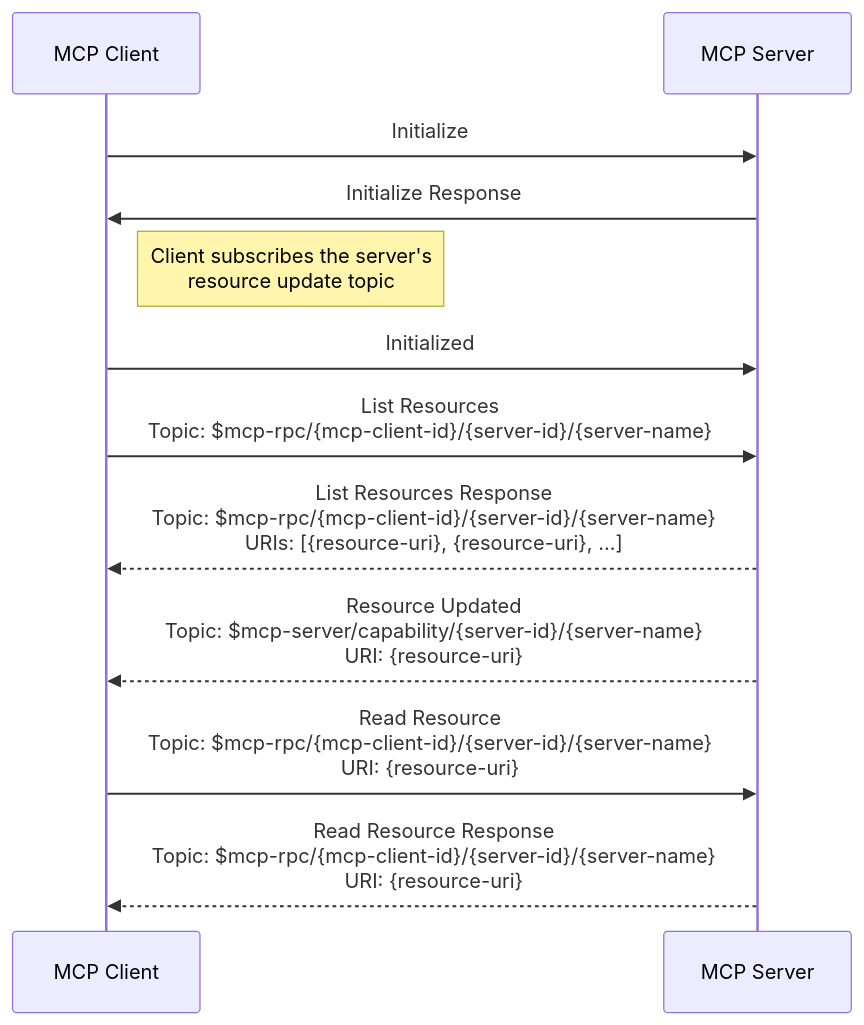
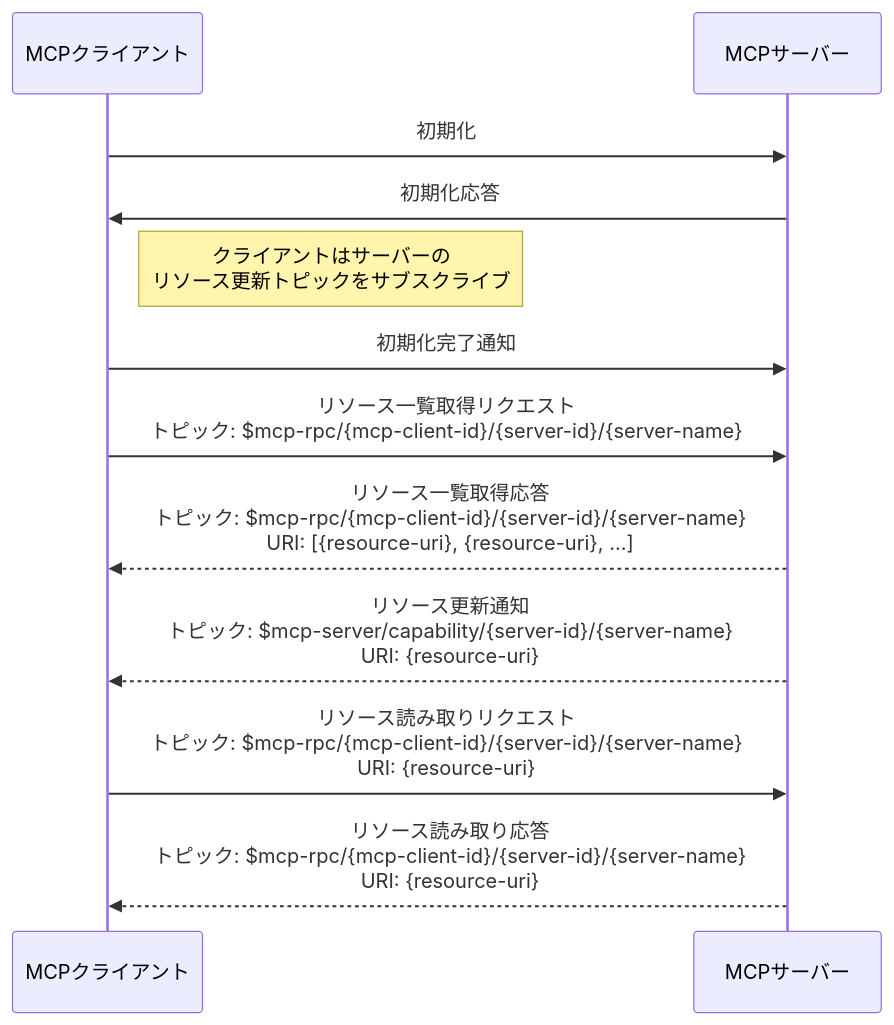
One commit to emqx/emqx-docs changed the fourth of 4 diagrams in ja_JP/emqx-ai/mcp-over-mqtt/specification.md. Above: the diagram before and after it, drawn with Mermaid. The commit also changed other lines of this file and 279 other files, not shown here.

````diff
--- a/ja_JP/emqx-ai/mcp-over-mqtt/specification.md
+++ b/ja_JP/emqx-ai/mcp-over-mqtt/specification.md
@@ -363,21 +360,20 @@
 ```mermaid
+sequenceDiagram
+    participant MCP_Client as MCPクライアント
+    participant MCP_Server as MCPサーバー
 
-sequenceDiagram
-    participant MCP_Client as MCP Client
-    participant MCP_Server as MCP Server
+    MCP_Client ->> MCP_Server: 初期化
+    MCP_Server ->> MCP_Client: 初期化応答
+    Note right of MCP_Client: クライアントはサーバーの<br/>リソース更新トピックをサブスクライブ
+    MCP_Client ->> MCP_Server: 初期化完了通知
 
-    MCP_Client ->> MCP_Server: Initialize
-    MCP_Server ->> MCP_Client: Initialize Response
-    Note right of MCP_Client: Client subscribes the server's<br/>resource update topic
-    MCP_Client ->> MCP_Server: Initialized
+    MCP_Client ->> MCP_Server: リソース一覧取得リクエスト<br/>トピック: $mcp-rpc/{mcp-client-id}/{server-id}/{server-name}
 
-    MCP_Client ->> MCP_Server: List Resources<br/>Topic: $mcp-rpc/{mcp-client-id}/{server-id}/{server-name}
+    MCP_Server -->> MCP_Client: リソース一覧取得応答<br/>トピック: $mcp-rpc/{mcp-client-id}/{server-id}/{server-name}<br/>URI: [{resource-uri}, {resource-uri}, ...]
 
-    MCP_Server -->> MCP_Client: List Resources Response<br/>Topic: $mcp-rpc/{mcp-client-id}/{server-id}/{server-name}<br/>URIs: [{resource-uri}, {resource-uri}, ...]
+    MCP_Server -->> MCP_Client: リソース更新通知<br/>トピック: $mcp-server/capability/{server-id}/{server-name}<br/>URI: {resource-uri}
 
-    MCP_Server -->> MCP_Client: Resource Updated<br/>Topic: $mcp-server/capability/{server-id}/{server-name}<br/>URI: {resource-uri}
+    MCP_Client ->> MCP_Server: リソース読み取りリクエスト<br/>トピック: $mcp-rpc/{mcp-client-id}/{server-id}/{server-name}<br/>URI: {resource-uri}
 
-    MCP_Client ->> MCP_Server: Read Resource<br/>Topic: $mcp-rpc/{mcp-client-id}/{server-id}/{server-name}<br/>URI: {resource-uri}
-
-    MCP_Server -->> MCP_Client: Read Resource Response<br/>Topic: $mcp-rpc/{mcp-client-id}/{server-id}/{server-name}<br/>URI: {resource-uri}
+    MCP_Server -->> MCP_Client: リソース読み取り応答<br/>トピック: $mcp-rpc/{mcp-client-id}/{server-id}/{server-name}<br/>URI: {resource-uri}
 ```
````
